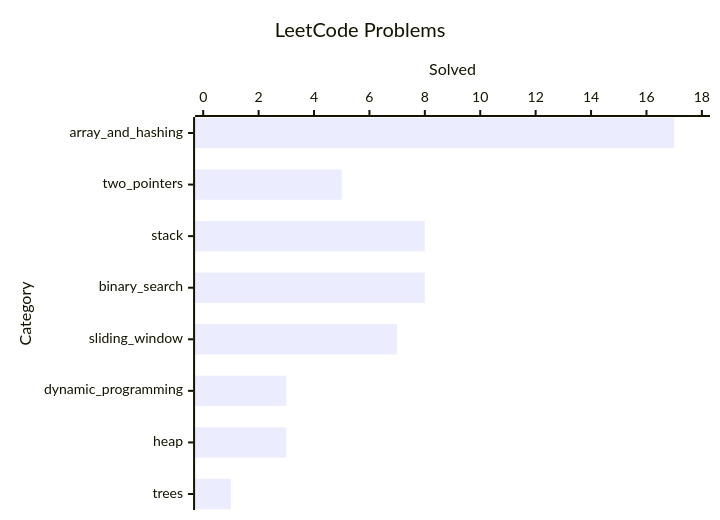
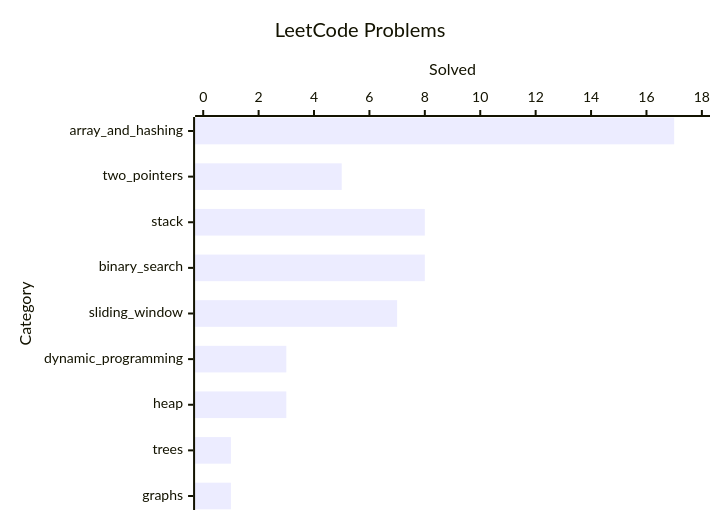
Before and after one commit to kevinknights29/Leetcode_Gym: the diagram in README.md, drawn with Mermaid. The commit also changed other lines of this file, not shown here.

Commit message:
docs: added graph section

````diff
--- a/README.md
+++ b/README.md
@@ -7,7 +7,7 @@
 ```mermaid
 xychart-beta horizontal
     title "LeetCode Problems"
-    x-axis "Category" [array_and_hashing, two_pointers, stack, binary_search, sliding_window, dynamic_programming, heap, trees]
+    x-axis "Category" [array_and_hashing, two_pointers, stack, binary_search, sliding_window, dynamic_programming, heap, trees, graphs]
     y-axis "Solved" 0 --> 18
-    bar [17, 5, 8, 8, 7, 3, 3, 1]
+    bar [17, 5, 8, 8, 7, 3, 3, 1, 1]
 ```
````
